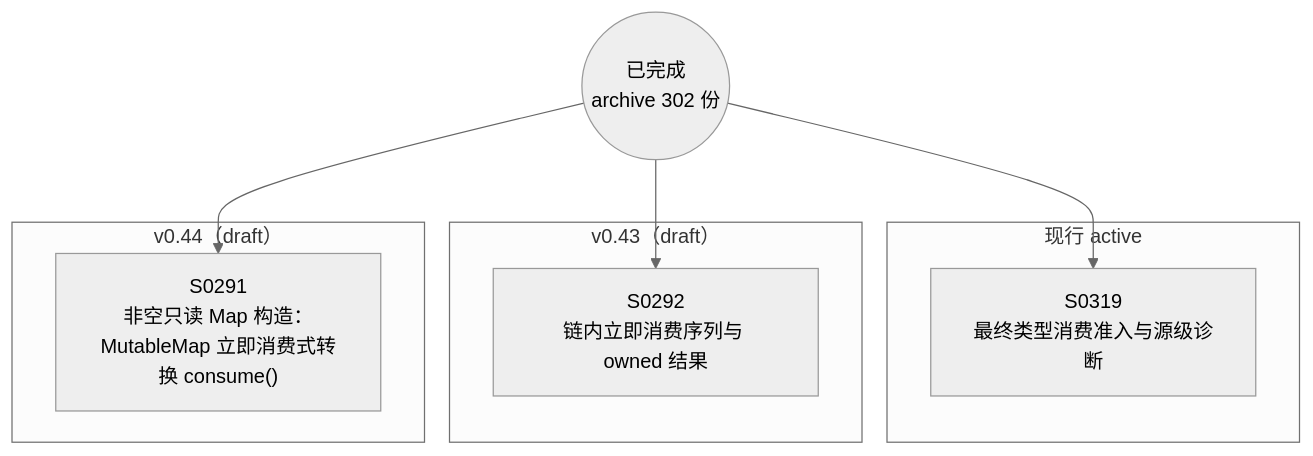
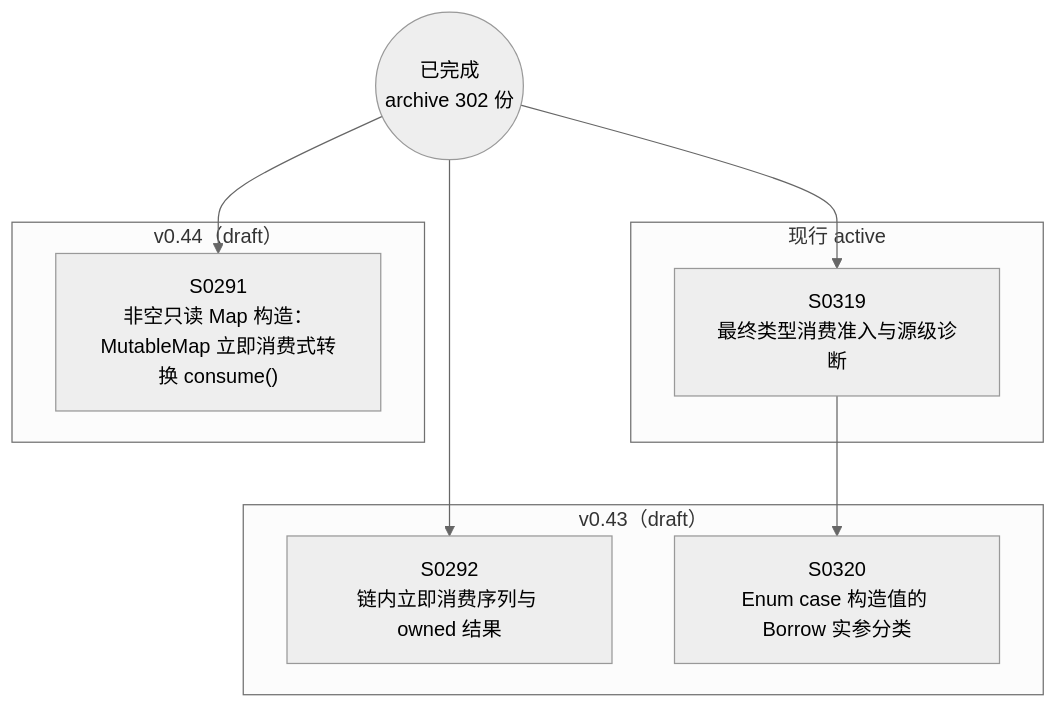
One commit to Halckon/Koven changed the diagram in docs/specs/dependency-graph.md. Above: the diagram before and after it, drawn with Mermaid (neutral theme). The commit also changed other lines of this file and 7 other files, not shown here.

Commit message:
docs(spec-0320): draft enum case borrow category contract

````diff
--- a/docs/specs/dependency-graph.md
+++ b/docs/specs/dependency-graph.md
@@ -9,16 +9,18 @@
 ```mermaid
 flowchart TD
 ARCH(("已完成<br/>archive 302 份"))
 subgraph Gactive["现行 active"]
   S0319["S0319<br/>最终类型消费准入与源级诊断"]
 end
 subgraph Gdrafts_v043["v0.43（draft）"]
   S0292["S0292<br/>链内立即消费序列与 owned 结果"]
+  S0320["S0320<br/>Enum case 构造值的 Borrow 实参分类"]
 end
 subgraph Gdrafts_v044["v0.44（draft）"]
   S0291["S0291<br/>非空只读 Map 构造：MutableMap 立即消费式转换 consume()"]
 end
+S0319 --> S0320
 ARCH --> S0291
 ARCH --> S0292
 ARCH --> S0319
 ```
````
